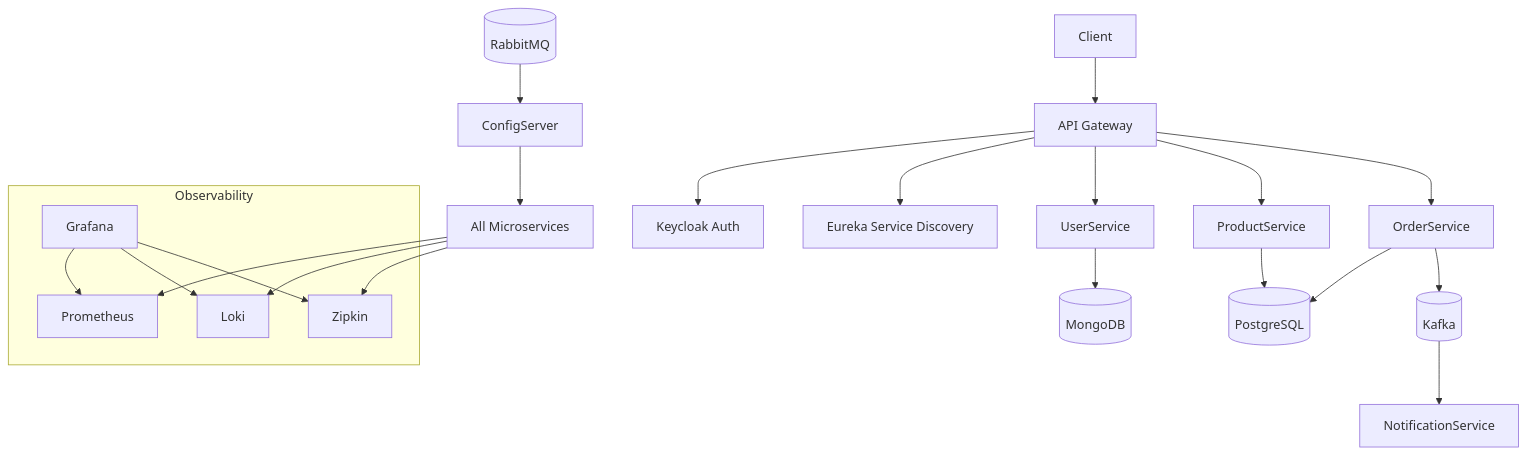
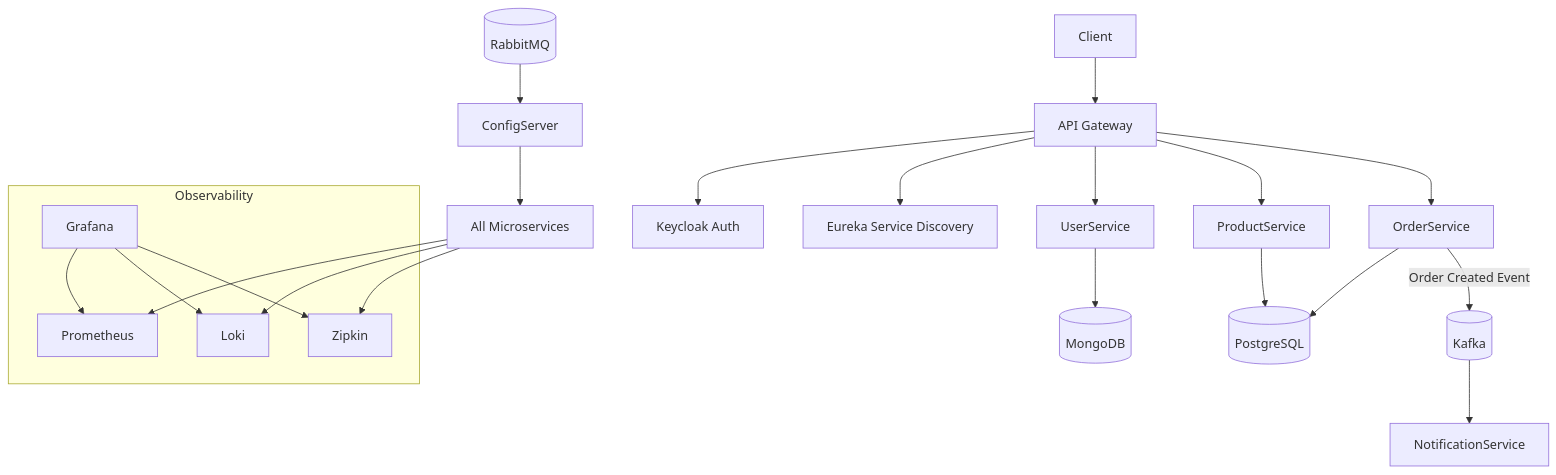
Before and after one commit to leoga/ecom-microservices-application: the diagram in README.md, drawn with Mermaid. The commit also changed other lines of this file, not shown here.

````diff
--- a/README.md
+++ b/README.md
@@ -159,32 +149,33 @@
 ```mermaid
 flowchart TD
 
 Client --> Gateway[API Gateway]
 
 Gateway --> Keycloak[Keycloak Auth]
 Gateway --> Eureka[Eureka Service Discovery]
 
 Gateway --> UserService
 Gateway --> ProductService
 Gateway --> OrderService
 
 UserService --> MongoDB[(MongoDB)]
 ProductService --> PostgreSQL[(PostgreSQL)]
 OrderService --> PostgreSQL
 
-OrderService --> Kafka[(Kafka)]
+%% Event-driven communication (only on order creation)
+OrderService -- "Order Created Event" --> Kafka[(Kafka)]
 Kafka --> NotificationService
 
 ConfigServer --> Services[All Microservices]
 RabbitMQ[(RabbitMQ)] --> ConfigServer
 
 subgraph Observability
 Grafana --> Prometheus
 Grafana --> Loki
 Grafana --> Zipkin
 end
 
 Services --> Prometheus
 Services --> Loki
 Services --> Zipkin
 ```
````
